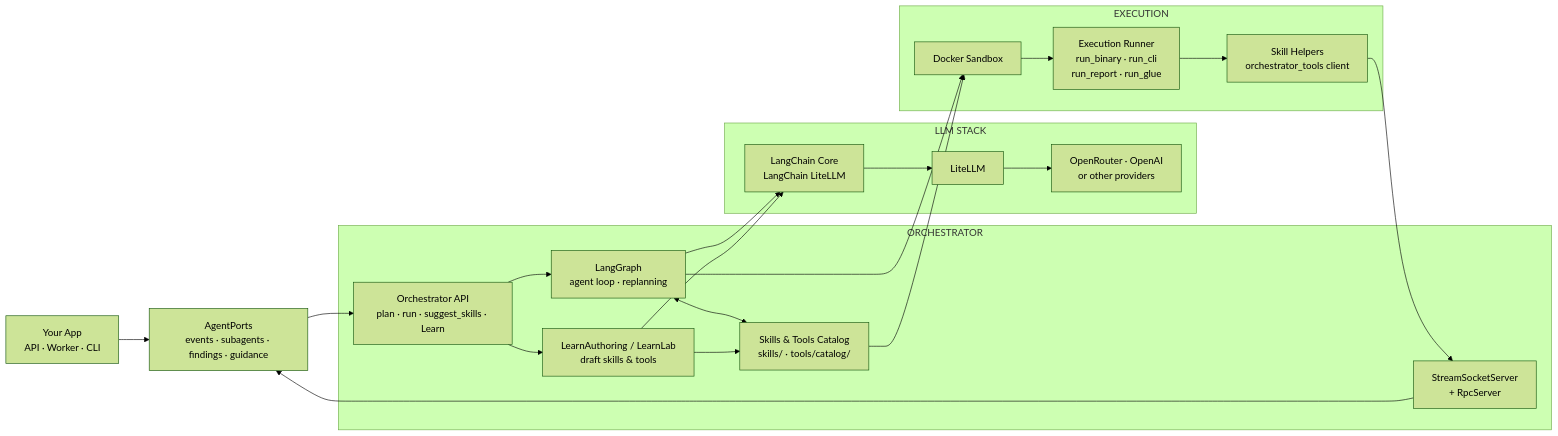
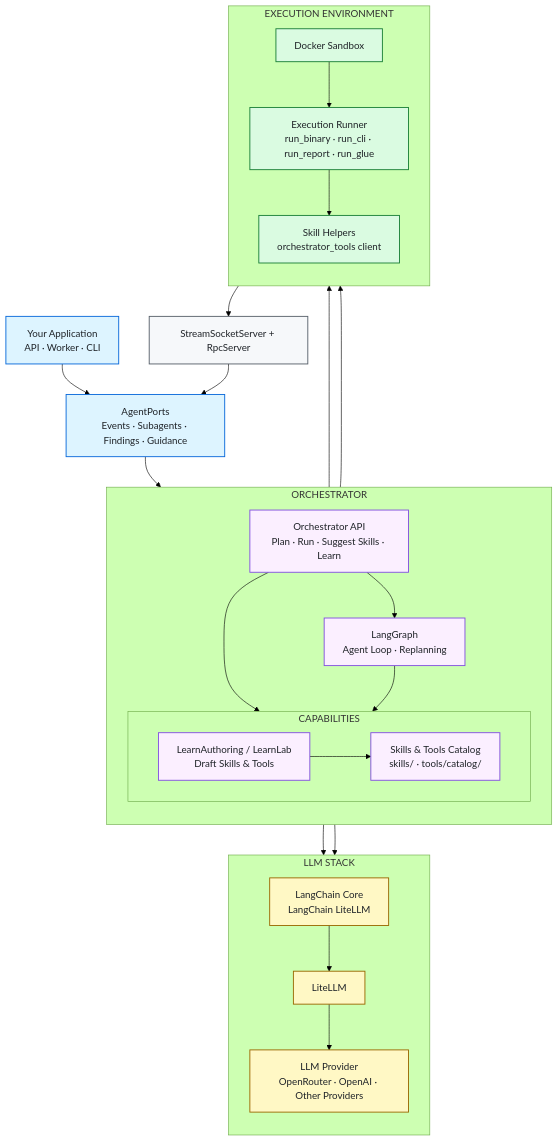
One commit to Salto7/Orchestrator changed the diagram in README.md. Above: the diagram before and after it, drawn with Mermaid (forest theme).

Commit message:
update graph

````diff
--- a/README.md
+++ b/README.md
@@ -21,47 +21,96 @@
 ```mermaid
-flowchart LR
-    HOST["Your App<br/>API · Worker · CLI"]
-    PORTS["AgentPorts<br/>events · subagents · findings · guidance"]
+flowchart TB
 
+    %% =========================
+    %% ENTRY
+    %% =========================
+    HOST["Your Application<br/>API · Worker · CLI"]
+    PORTS["AgentPorts<br/>Events · Subagents · Findings · Guidance"]
+
+    HOST --> PORTS
+
+    %% =========================
+    %% ORCHESTRATOR
+    %% =========================
     subgraph ORCH["ORCHESTRATOR"]
-        API["Orchestrator API<br/>plan · run · suggest_skills · Learn"]
-        GRAPH["LangGraph<br/>agent loop · replanning"]
-        LEARN["LearnAuthoring / LearnLab<br/>draft skills & tools"]
-        CATALOG["Skills & Tools Catalog<br/>skills/ · tools/catalog/"]
-        BRIDGE["StreamSocketServer<br/>+ RpcServer"]
+        direction TB
+
+        API["Orchestrator API<br/>Plan · Run · Suggest Skills · Learn"]
+
+        GRAPH["LangGraph<br/>Agent Loop · Replanning"]
+
+        subgraph CAP["CAPABILITIES"]
+            direction LR
+            LEARN["LearnAuthoring / LearnLab<br/>Draft Skills & Tools"]
+            CATALOG["Skills & Tools Catalog<br/>skills/ · tools/catalog/"]
+        end
+
+        API --> GRAPH
+        API --> LEARN
+        LEARN --> CATALOG
+        GRAPH --> CATALOG
     end
 
+    PORTS --> API
+
+    %% =========================
+    %% LLM
+    %% =========================
     subgraph LLM["LLM STACK"]
+        direction TB
+
         LC["LangChain Core<br/>LangChain LiteLLM"]
         LITE["LiteLLM"]
-        PROVIDER["OpenRouter · OpenAI<br/>or other providers"]
+        PROVIDER["LLM Provider<br/>OpenRouter · OpenAI · Other Providers"]
+
+        LC --> LITE
+        LITE --> PROVIDER
     end
 
-    subgraph EXEC["EXECUTION"]
+    %% =========================
+    %% EXECUTION
+    %% =========================
+    subgraph EXEC["EXECUTION ENVIRONMENT"]
+        direction TB
+
         DOCKER["Docker Sandbox"]
-        RUNNER["Execution Runner<br/>run_binary · run_cli<br/>run_report · run_glue"]
+        RUNNER["Execution Runner<br/>run_binary · run_cli · run_report · run_glue"]
         HELPERS["Skill Helpers<br/>orchestrator_tools client"]
+
+        DOCKER --> RUNNER
+        RUNNER --> HELPERS
     end
 
-    HOST --> PORTS
-    PORTS --> API
-
-    API --> GRAPH
-    API --> LEARN
-
-    GRAPH <--> CATALOG
-    LEARN --> CATALOG
-
+    %% =========================
+    %% CONNECTIONS
+    %% =========================
     GRAPH --> LC
     LEARN --> LC
-    LC --> LITE
-    LITE --> PROVIDER
 
     GRAPH --> DOCKER
     CATALOG --> DOCKER
 
-    DOCKER --> RUNNER
-    RUNNER --> HELPERS
+    %% =========================
+    %% RETURN PATH
+    %% =========================
+    BRIDGE["StreamSocketServer + RpcServer"]
+
     HELPERS --> BRIDGE
     BRIDGE --> PORTS
+
+    %% =========================
+    %% GITHUB-FRIENDLY STYLING
+    %% =========================
+
+    classDef entry fill:#ddf4ff,stroke:#0969da,color:#1f2328,stroke-width:1.5px
+    classDef orch fill:#fbefff,stroke:#8250df,color:#1f2328,stroke-width:1.5px
+    classDef llm fill:#fff8c5,stroke:#9a6700,color:#1f2328,stroke-width:1.5px
+    classDef exec fill:#dafbe1,stroke:#1a7f37,color:#1f2328,stroke-width:1.5px
+    classDef bridge fill:#f6f8fa,stroke:#57606a,color:#1f2328,stroke-width:1.5px
+
+    class HOST,PORTS entry
+    class API,GRAPH,LEARN,CATALOG orch
+    class LC,LITE,PROVIDER llm
+    class DOCKER,RUNNER,HELPERS exec
+    class BRIDGE bridge
 ```
````
